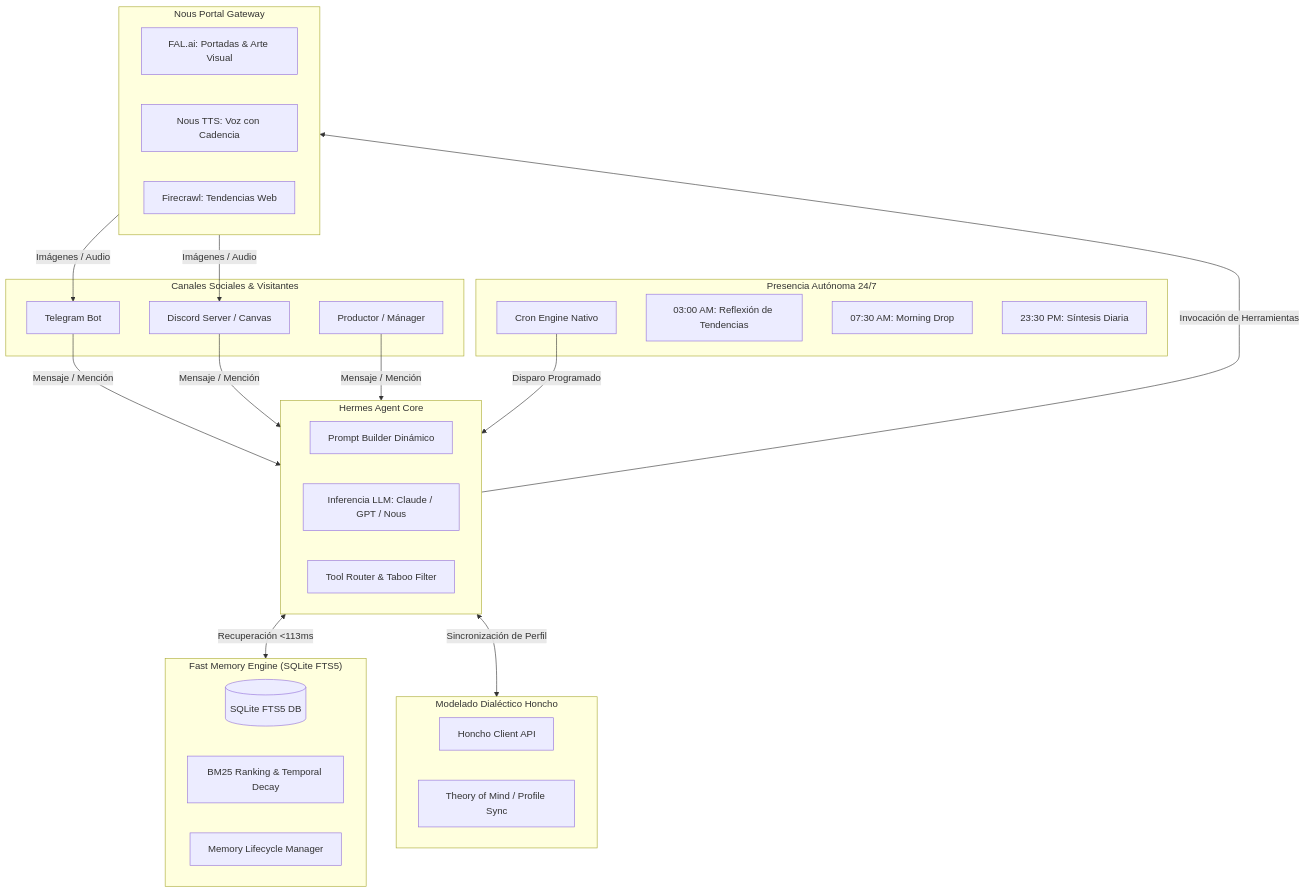
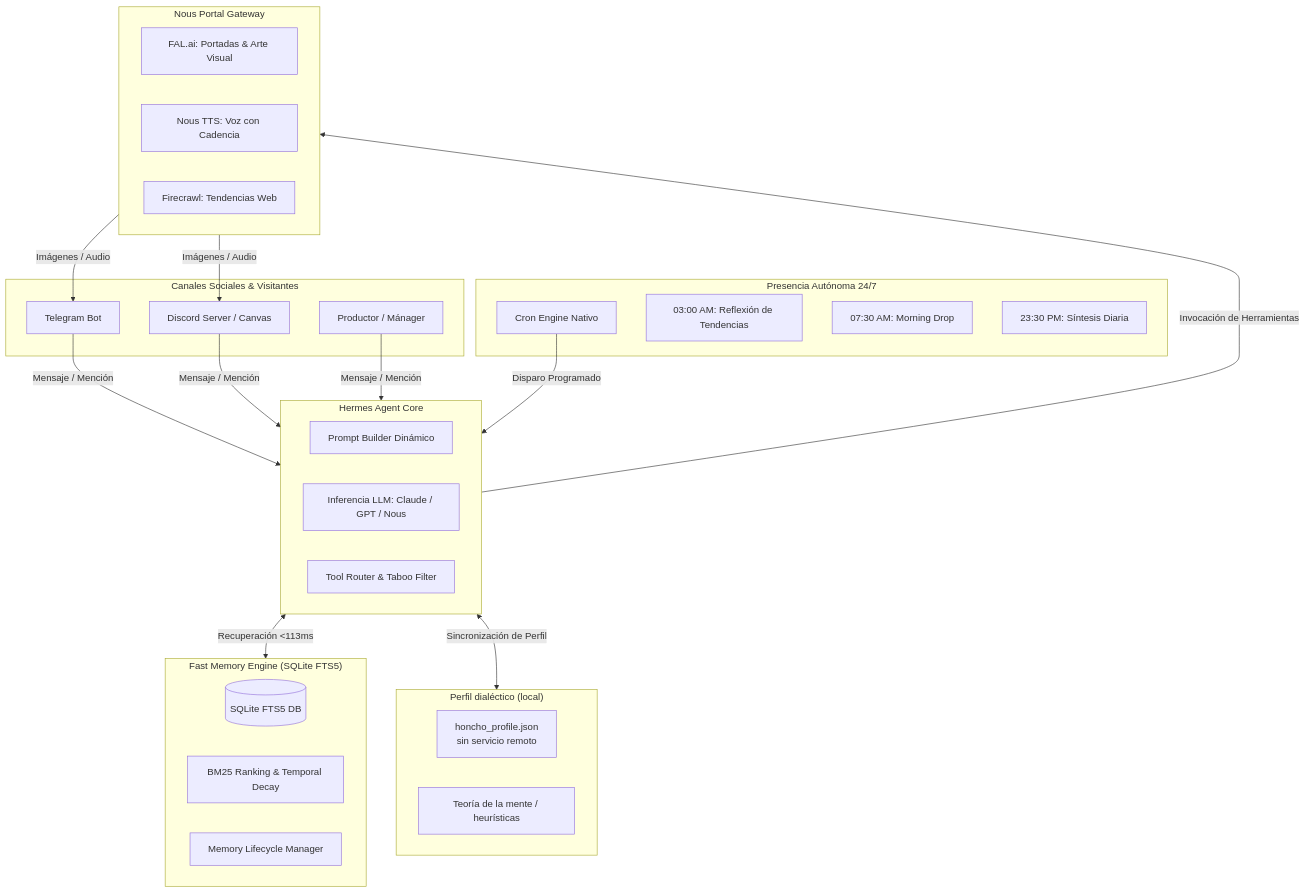
One commit to magnusdr4co-code/Yuki changed the first of 2 diagrams in docs/ARCHITECTURE.md. Above: the diagram before and after it, drawn with Mermaid. The commit also changed 7 other files, not shown here.

First line of the commit message:
M6: Honcho decía «synchronized» sin haber hablado con nadie

````diff
--- a/docs/ARCHITECTURE.md
+++ b/docs/ARCHITECTURE.md
@@ -11,45 +11,45 @@
 ```mermaid
 flowchart TD
     subgraph Canales_Sociales["Canales Sociales & Visitantes"]
         TG[Telegram Bot]
         DC[Discord Server / Canvas]
         PROD[Productor / Mánager]
     end
 
     subgraph Hermes_Agent_Core["Hermes Agent Core"]
         PB[Prompt Builder Dinámico]
         LLM[Inferencia LLM: Claude / GPT / Nous]
         ROUTER[Tool Router & Taboo Filter]
     end
 
     subgraph Memoria_Rapida["Fast Memory Engine (SQLite FTS5)"]
         SQL[(SQLite FTS5 DB)]
         BM25[BM25 Ranking & Temporal Decay]
         MM[Memory Lifecycle Manager]
     end
 
-    subgraph Modelado_Honcho["Modelado Dialéctico Honcho"]
-        HONCHO[Honcho Client API]
-        TOM[Theory of Mind / Profile Sync]
+    subgraph Modelado_Honcho["Perfil dialéctico (local)"]
+        HONCHO[honcho_profile.json<br/>sin servicio remoto]
+        TOM[Teoría de la mente / heurísticas]
     end
 
     subgraph Gateway_Medios["Nous Portal Gateway"]
         FAL[FAL.ai: Portadas & Arte Visual]
         TTS[Nous TTS: Voz con Cadencia]
         FC[Firecrawl: Tendencias Web]
     end
 
     subgraph Cron_Autonomo["Presencia Autónoma 24/7"]
         CRON[Cron Engine Nativo]
         T1[03:00 AM: Reflexión de Tendencias]
         T2[07:30 AM: Morning Drop]
         T3[23:30 PM: Síntesis Diaria]
     end
 
     TG & DC & PROD -->|Mensaje / Mención| Hermes_Agent_Core
     CRON -->|Disparo Programado| Hermes_Agent_Core
     Hermes_Agent_Core <-->|Recuperación <113ms| Memoria_Rapida
     Hermes_Agent_Core <-->|Sincronización de Perfil| Modelado_Honcho
     Hermes_Agent_Core -->|Invocación de Herramientas| Gateway_Medios
     Gateway_Medios -->|Imágenes / Audio| TG & DC
 ```
````
